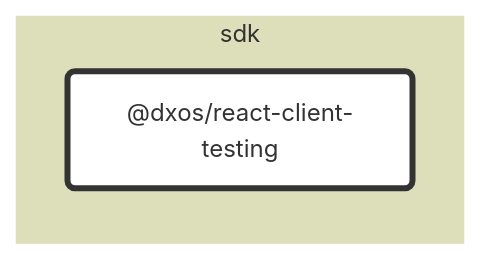
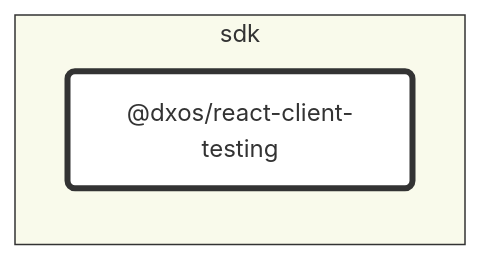
One commit to dxos/dxos changed the diagram in packages/sdk/react-client-testing/docs/README.md. Above: the diagram before and after it, drawn with Mermaid. The commit also changed 93 other files, not shown here.

First line of the commit message:
chore: hierarchical graphs. (#1583)

````diff
--- a/packages/sdk/react-client-testing/docs/README.md
+++ b/packages/sdk/react-client-testing/docs/README.md
@@ -7,20 +7,20 @@
 ```mermaid
 %%{ init: {'flowchart':{'curve':'basis'}} }%%
 
 flowchart LR
 
 %% Classes
 classDef def fill:#fff,stroke:#333,stroke-width:1px
 classDef root fill:#fff,stroke:#333,stroke-width:4px
 
 %% Nodes
 
 subgraph sdk [sdk]
-  style sdk fill:#dddeba,stroke:#fff
+  style sdk fill:#f9faeb,stroke:#333
   dxos/react-client-testing("@dxos/react-client-testing"):::root
   click dxos/react-client-testing "dxos/dxos/tree/main/packages/sdk/react-client-testing/docs"
 end
 
 %% Links
 linkStyle default stroke:#333,stroke-width:1px
 ```
````
